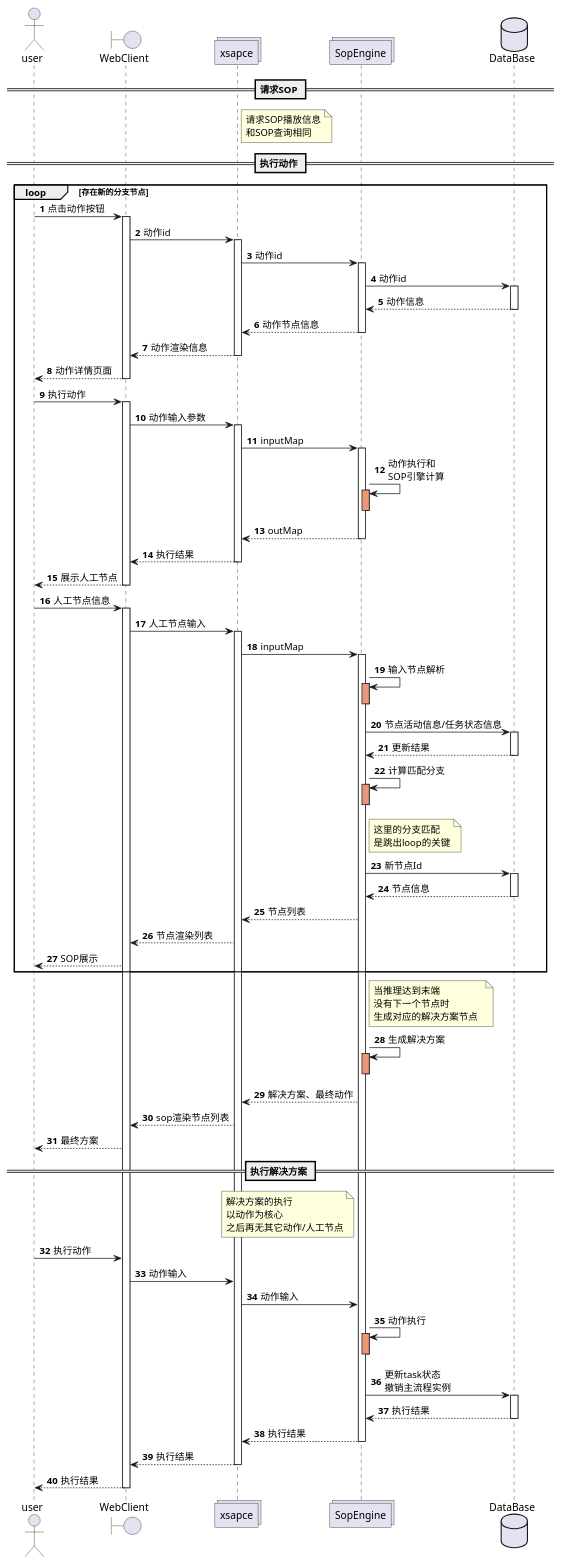
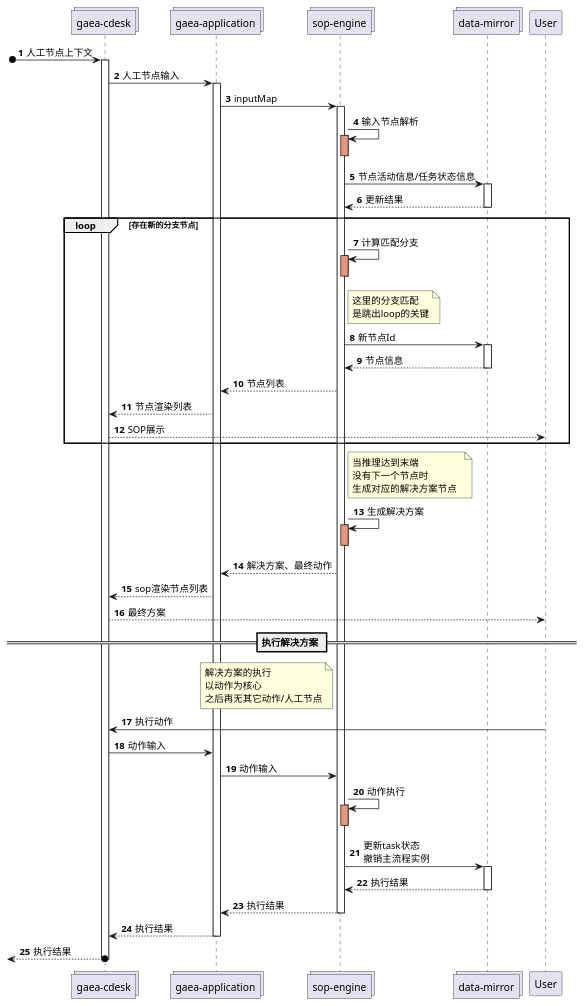
The fifth of 5 diagrams in _posts/2020-06-14_yuque_note.md (xian2207/xian2207.github.io), drawn with PlantUML before and after one commit. The commit also changed other lines of this file and 48 other files, not shown here.

````diff
--- a/_posts/2020-06-14_yuque_note.md
+++ b/_posts/2020-06-14_yuque_note.md
@@ -331,69 +320,20 @@
 ```plantuml
 @startuml
-' 用户
-actor "user" as User
 ' 网页客户端
-boundary "WebClient" as Client
+collections "gaea-cdesk" as Client
 ' xsapce客户端
-collections "xsapce" as Xspace
+collections "gaea-application" as Xspace
 ' sopengine
-collections "SopEngine" as SopEngine
+collections "sop-engine" as SopEngine
 ' 数据库
-database "DataBase" as DB
+collections "data-mirror" as DB
 
 autonumber 
-== 请求SOP ==
-
-' 请求动作执行
-' User -> WebClient : 点击播放
-' activate WebClient
-' WebClient -> Xspace : caseId和UserInfo
-' activate Xspace
-' Xspace -> SopEngine : play
-' activate SopEngine 
-' SopEngine -> DB : caseId和sessionId
-' activate DB
-' return SOP信息
-' return SOP节点列表
-' return SOP渲染节点列表
-' return 播放显示
-
-note right Xspace
-请求SOP播放信息
-和SOP查询相同
-end note
 
 
-== 执行动作 ==
 
-loop 存在新的分支节点
-User -> Client : 点击动作按钮
-activate Client
-Client -> Xspace : 动作id
-activate Xspace 
-' 请求动作的详细信息 
-Xspace -> SopEngine : 动作id
-activate SopEngine 
-SopEngine -> DB : 动作id
-activate DB
-return 动作信息
-return 动作节点信息
-return 动作渲染信息
-return 动作详情页面
-User -> Client : 执行动作
-activate Client
-Client -> Xspace : 动作输入参数
-activate Xspace
-Xspace -> SopEngine : inputMap
-activate SopEngine
-SopEngine -> SopEngine : 动作执行和\nSOP引擎计算
-activate SopEngine #DarkSalmon
-deactivate SopEngine
-return outMap
-return 执行结果
-return 展示人工节点
 
-User -> Client : 人工节点信息
+[o-> Client : 人工节点上下文
 activate Client
 Client -> Xspace : 人工节点输入
 activate Xspace
@@ -405,7 +345,7 @@
 SopEngine -> DB : 节点活动信息/任务状态信息
 activate DB
 return 更新结果
- 
+loop 存在新的分支节点
 SopEngine -> SopEngine : 计算匹配分支
 note right of SopEngine
 这里的分支匹配
````
